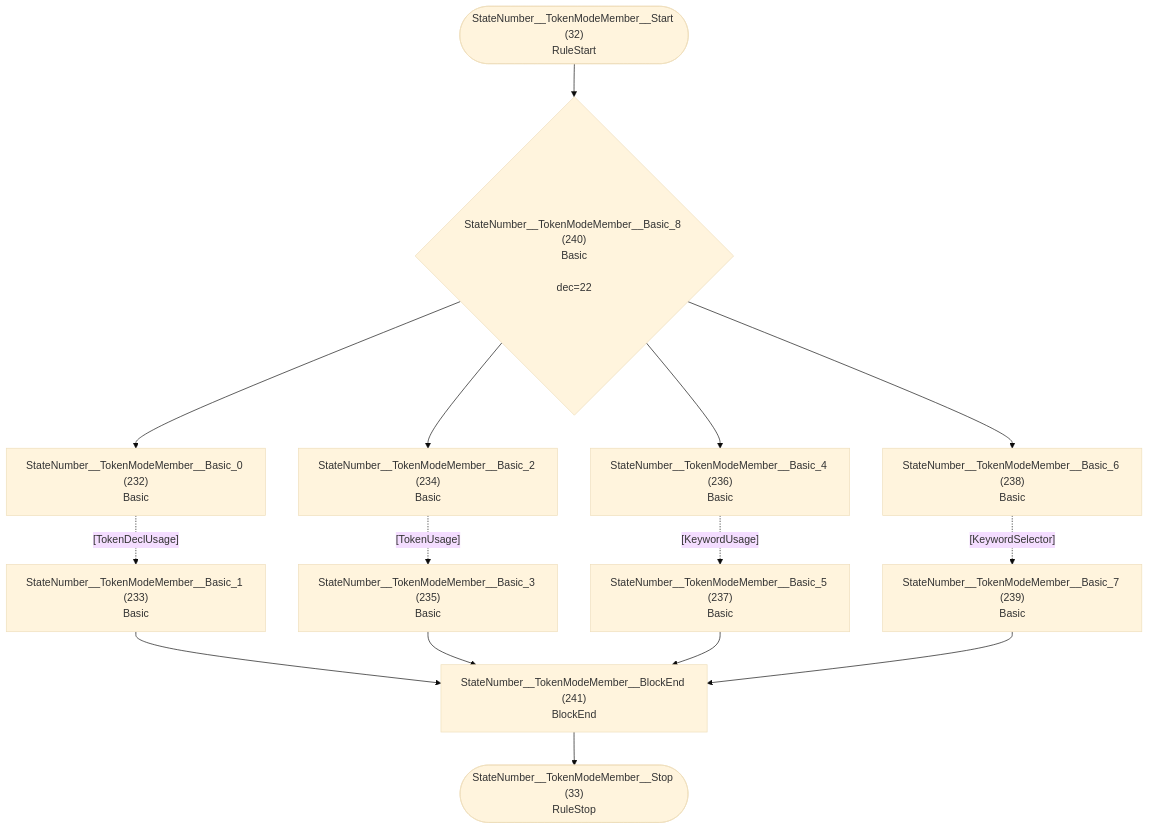
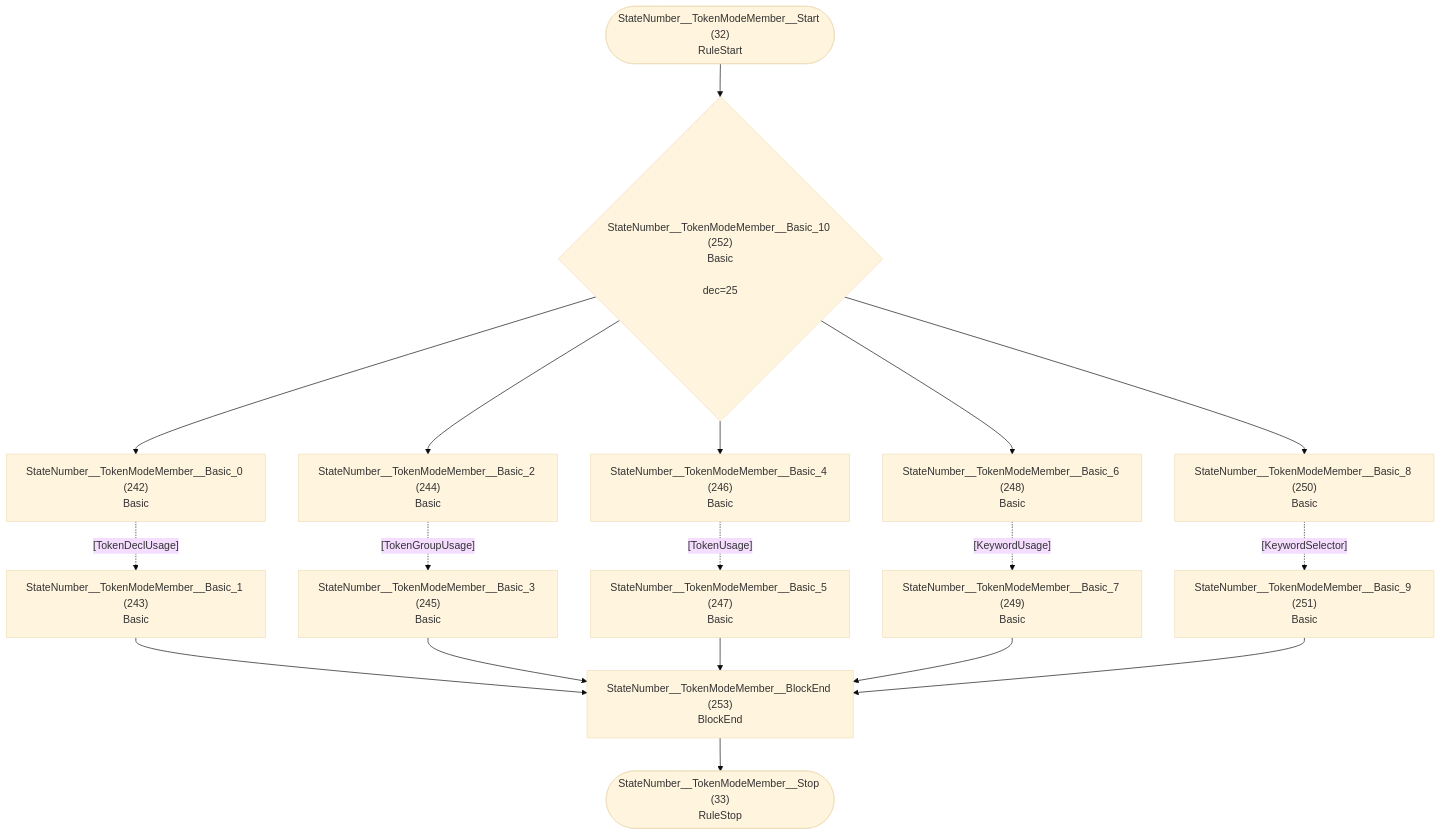
Before and after one commit to TypeFox/fastbelt: diagram 17 of 37 in internal/grammar/atn.md, drawn with Mermaid (base theme). The commit also changed other lines of this file and 10 other files, not shown here.

Commit message:
Add group type and command to token groups

````diff
--- a/internal/grammar/atn.md
+++ b/internal/grammar/atn.md
@@ -516,30 +535,35 @@
 ```mermaid
 flowchart TD
     q32(["StateNumber__TokenModeMember__Start (32)<br/>RuleStart"])
     q33(["StateNumber__TokenModeMember__Stop (33)<br/>RuleStop"])
-    q232["StateNumber__TokenModeMember__Basic_0 (232)<br/>Basic<br/>"]
-    q233["StateNumber__TokenModeMember__Basic_1 (233)<br/>Basic<br/>"]
-    q234["StateNumber__TokenModeMember__Basic_2 (234)<br/>Basic<br/>"]
-    q235["StateNumber__TokenModeMember__Basic_3 (235)<br/>Basic<br/>"]
-    q236["StateNumber__TokenModeMember__Basic_4 (236)<br/>Basic<br/>"]
-    q237["StateNumber__TokenModeMember__Basic_5 (237)<br/>Basic<br/>"]
-    q238["StateNumber__TokenModeMember__Basic_6 (238)<br/>Basic<br/>"]
-    q239["StateNumber__TokenModeMember__Basic_7 (239)<br/>Basic<br/>"]
-    q240{"StateNumber__TokenModeMember__Basic_8 (240)<br/>Basic<br/><br/>dec=22"}
-    q241["StateNumber__TokenModeMember__BlockEnd (241)<br/>BlockEnd<br/>"]
+    q242["StateNumber__TokenModeMember__Basic_0 (242)<br/>Basic<br/>"]
+    q243["StateNumber__TokenModeMember__Basic_1 (243)<br/>Basic<br/>"]
+    q244["StateNumber__TokenModeMember__Basic_2 (244)<br/>Basic<br/>"]
+    q245["StateNumber__TokenModeMember__Basic_3 (245)<br/>Basic<br/>"]
+    q246["StateNumber__TokenModeMember__Basic_4 (246)<br/>Basic<br/>"]
+    q247["StateNumber__TokenModeMember__Basic_5 (247)<br/>Basic<br/>"]
+    q248["StateNumber__TokenModeMember__Basic_6 (248)<br/>Basic<br/>"]
+    q249["StateNumber__TokenModeMember__Basic_7 (249)<br/>Basic<br/>"]
+    q250["StateNumber__TokenModeMember__Basic_8 (250)<br/>Basic<br/>"]
+    q251["StateNumber__TokenModeMember__Basic_9 (251)<br/>Basic<br/>"]
+    q252{"StateNumber__TokenModeMember__Basic_10 (252)<br/>Basic<br/><br/>dec=25"}
+    q253["StateNumber__TokenModeMember__BlockEnd (253)<br/>BlockEnd<br/>"]
 
-    q32 --> q240
-    q232 -.->|"[TokenDeclUsage]"| q233
-    q233 --> q241
-    q234 -.->|"[TokenUsage]"| q235
-    q235 --> q241
-    q236 -.->|"[KeywordUsage]"| q237
-    q237 --> q241
-    q238 -.->|"[KeywordSelector]"| q239
-    q239 --> q241
-    q240 --> q232
-    q240 --> q234
-    q240 --> q236
-    q240 --> q238
-    q241 --> q33
+    q32 --> q252
+    q242 -.->|"[TokenDeclUsage]"| q243
+    q243 --> q253
+    q244 -.->|"[TokenGroupUsage]"| q245
+    q245 --> q253
+    q246 -.->|"[TokenUsage]"| q247
+    q247 --> q253
+    q248 -.->|"[KeywordUsage]"| q249
+    q249 --> q253
+    q250 -.->|"[KeywordSelector]"| q251
+    q251 --> q253
+    q252 --> q242
+    q252 --> q244
+    q252 --> q246
+    q252 --> q248
+    q252 --> q250
+    q253 --> q33
 ```
````
